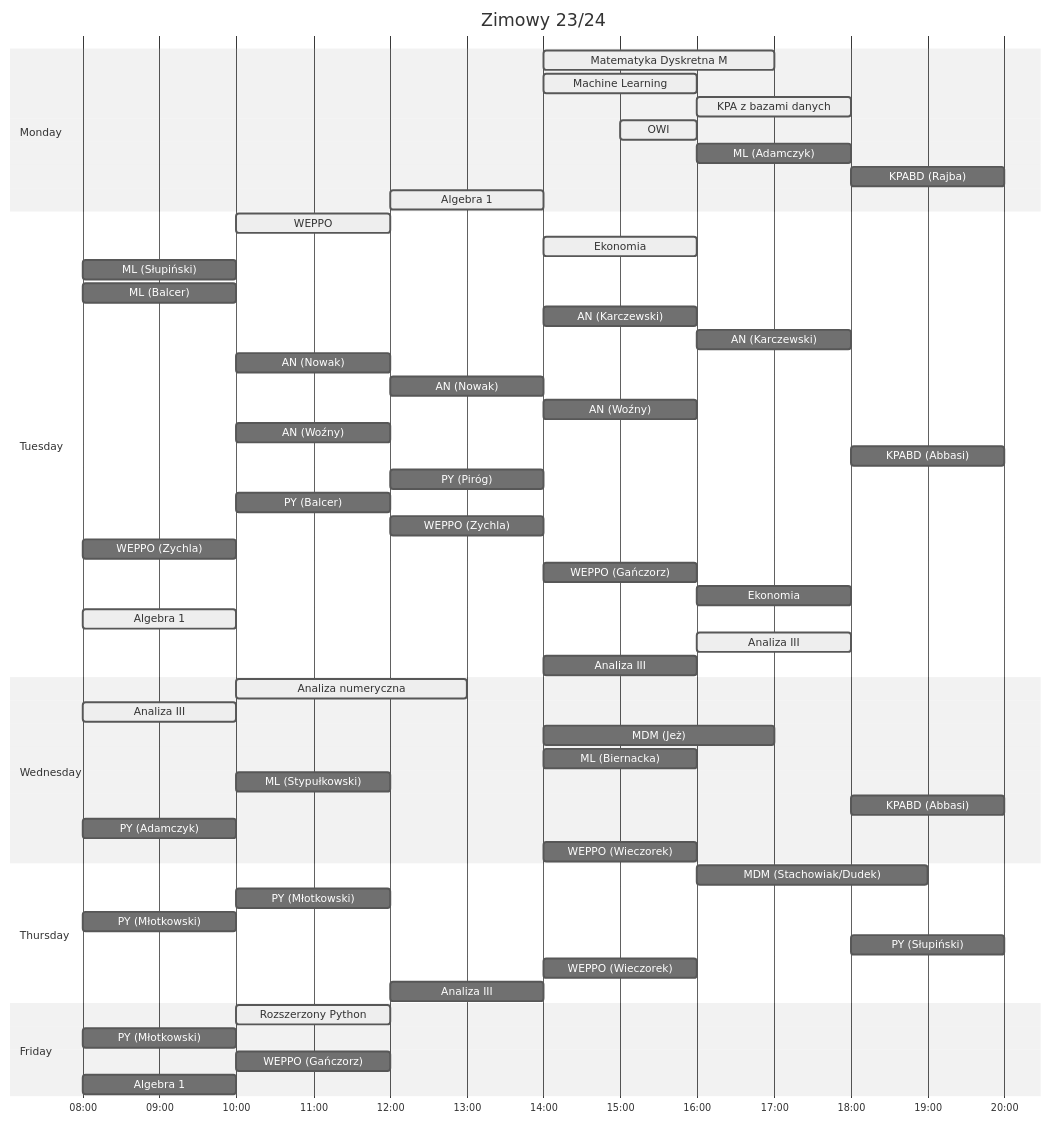
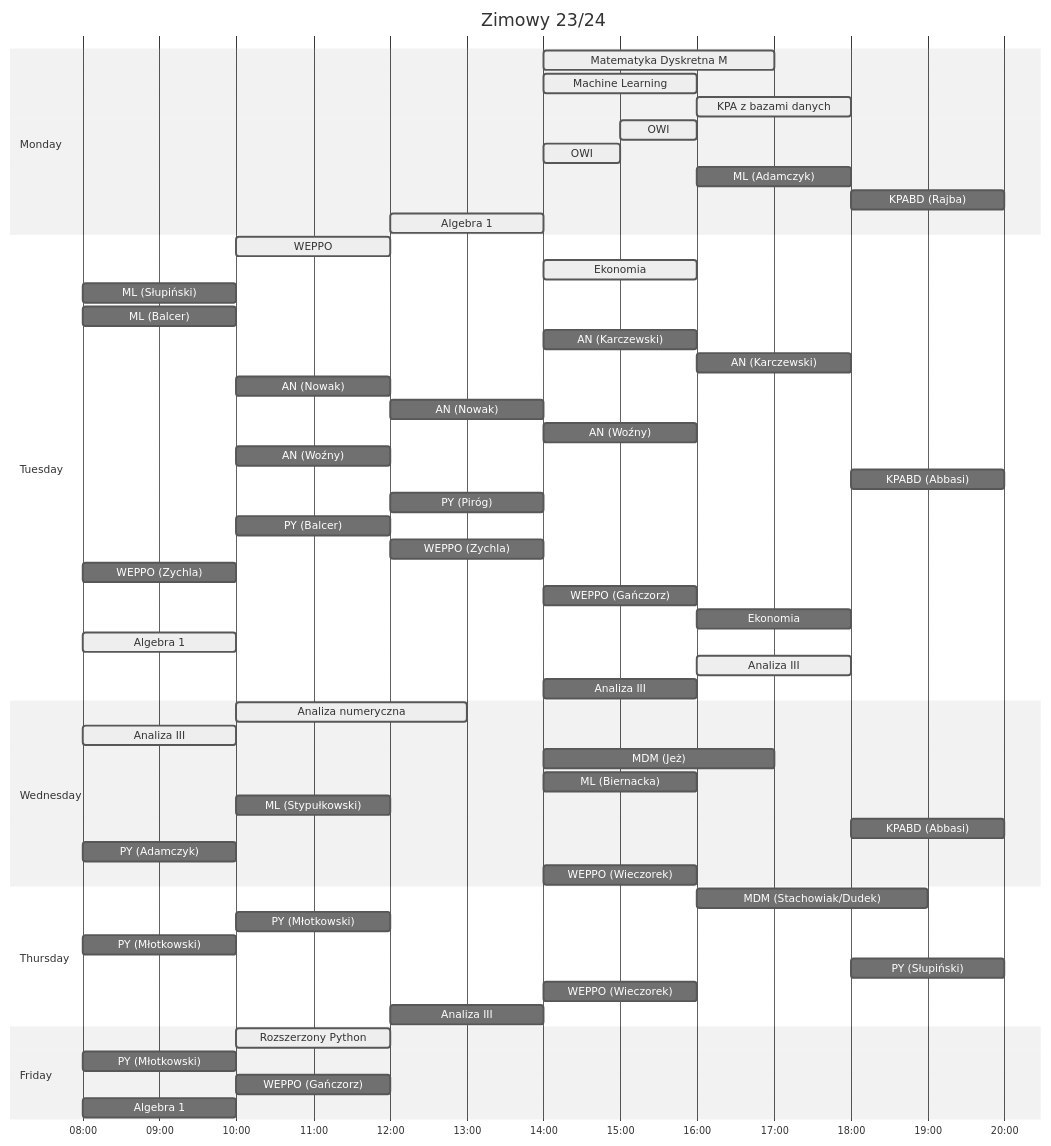
Before and after one commit to PatrykFlama/UWr: the diagram in README.md, drawn with Mermaid (neutral theme).

````diff
--- a/README.md
+++ b/README.md
@@ -54,77 +54,76 @@
 ```mermaid
-%% active <=> lectures
 gantt
     title Zimowy 23/24
     dateFormat HH
     axisFormat %H:%M
 
     section Monday
         Matematyka Dyskretna M          : active, 14, 17
         Machine Learning                : active, 14, 16
         KPA z bazami danych             : active, 16, 18
 
         OWI                             : active, 15, 16
-        %% OWI                          : active, 14, 15
+        OWI                             : active, 14, 15
         
         ML (Adamczyk)                   : 16, 18
         KPABD (Rajba)                   : 18, 20
 
         Algebra 1                       : active, 12, 14
 
     section Tuesday
         WEPPO                           : active, 10, 12
         Ekonomia                        : active, 14, 16
 
         ML (Słupiński)                  : 08, 10
         ML (Balcer)                     : 08, 10
         AN (Karczewski)                 : 14, 16
         AN (Karczewski)                 : 16, 18
         AN (Nowak)                      : 10, 12
         AN (Nowak)                      : 12, 14
         AN (Woźny)                      : 14, 16
         AN (Woźny)                      : 10, 12
         KPABD (Abbasi)                  : 18, 20
         PY (Piróg)                      : 12, 14
         PY (Balcer)                     : 10, 12
         WEPPO (Zychla)                  : 12, 14
         WEPPO (Zychla)                  : 08, 10
         WEPPO (Gańczorz)                : 14, 16
         Ekonomia                        : 16, 18
 
         Algebra 1                       : active, 08, 10
         Analiza III                     : active, 16, 18
         Analiza III                     : 14, 16
 
 
     section Wednesday
         Analiza numeryczna              : active, 10, 13
         Analiza III                     : active, 08, 10
 
         MDM (Jeż)                       : 14, 17
         ML (Biernacka)                  : 14, 16
         ML (Stypułkowski)               : 10, 12
         KPABD (Abbasi)                  : 18, 20
         PY (Adamczyk)                   : 08, 10
         WEPPO (Wieczorek)               : 14, 16
 
 
     section Thursday
         MDM (Stachowiak/Dudek)          : 16, 19
         PY (Młotkowski)                 : 10, 12
         PY (Młotkowski)                 : 08, 10
         PY (Słupiński)                  : 18, 20
         WEPPO (Wieczorek)               : 14, 16
 
         Analiza III                     : 12, 14
 
     section Friday
         Rozszerzony Python              : active, 10, 12
 
         PY (Młotkowski)                 : 08, 10
         WEPPO (Gańczorz)                : 10, 12
 
         Algebra 1                       : 08, 10
 
 
 
 ```
````
